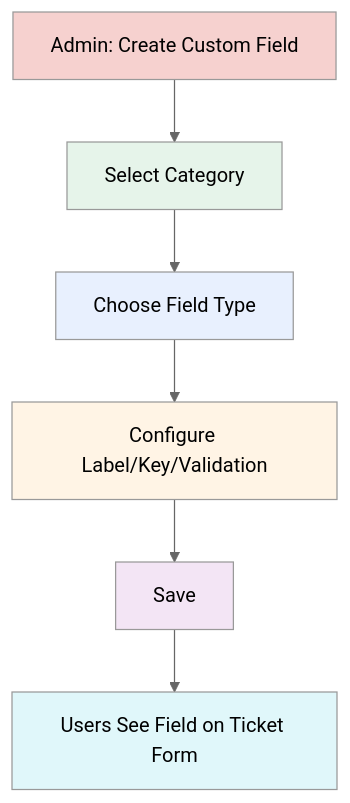
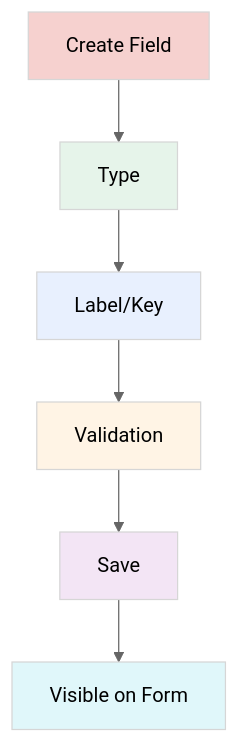
Before and after one commit to salmanb74-dev/ntg-ticket: the third of 7 diagrams in NTG-Ticket-User Guide.md, drawn with Mermaid (neutral theme). The commit also changed other lines of this file, not shown here.

Commit message:
Update NTG-Ticket-User Guide.md

````diff
--- a/NTG-Ticket-User Guide.md
+++ b/NTG-Ticket-User Guide.md
@@ -163,14 +163,14 @@
 ```mermaid
 flowchart TD
-    A[Admin: Create Custom Field] --> B[Select Category]
-    B --> C[Choose Field Type]
-    C --> D[Configure Label/Key/Validation]
+    A[Create Field] --> B[Type]
+    B --> C[Label/Key]
+    C --> D[Validation]
     D --> E[Save]
-    E --> F[Users See Field on Ticket Form]
-    style A fill:#F6D1CF
-    style B fill:#E6F4EA
-    style C fill:#E8F0FE
-    style D fill:#FFF4E5
-    style E fill:#F3E5F5
-    style F fill:#E0F7FA
+    E --> F[Visible on Form]
+    style A fill:#F6D1CF,stroke:#D6D6D6,stroke-width:1px
+    style B fill:#E6F4EA,stroke:#D6D6D6,stroke-width:1px
+    style C fill:#E8F0FE,stroke:#D6D6D6,stroke-width:1px
+    style D fill:#FFF4E5,stroke:#D6D6D6,stroke-width:1px
+    style E fill:#F3E5F5,stroke:#D6D6D6,stroke-width:1px
+    style F fill:#E0F7FA,stroke:#D6D6D6,stroke-width:1px
 ```
````
